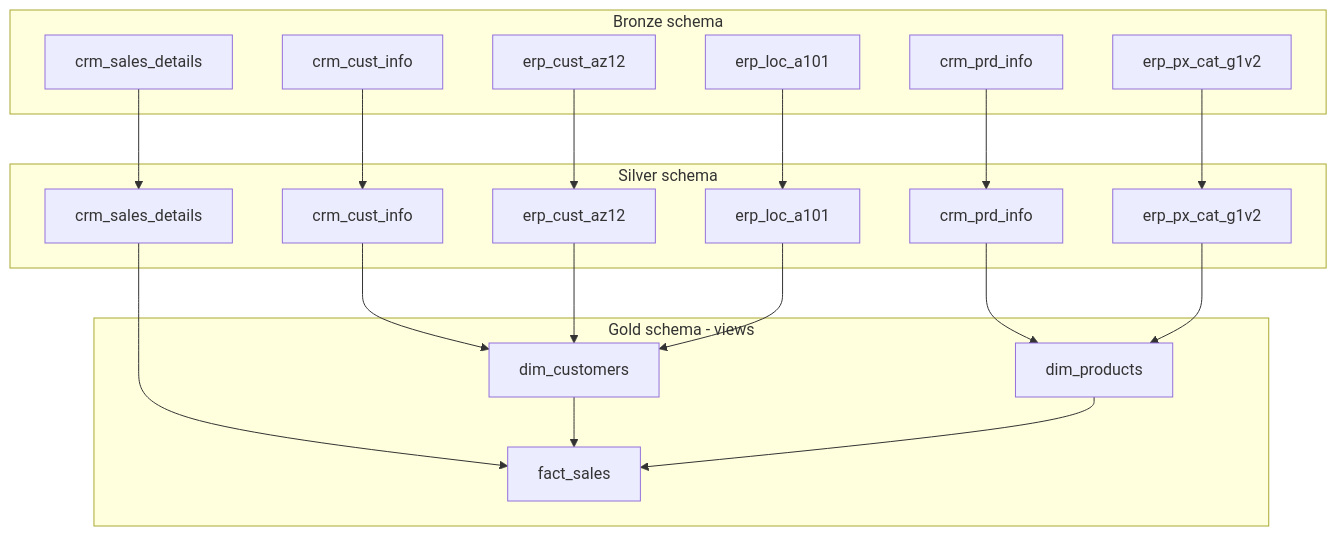
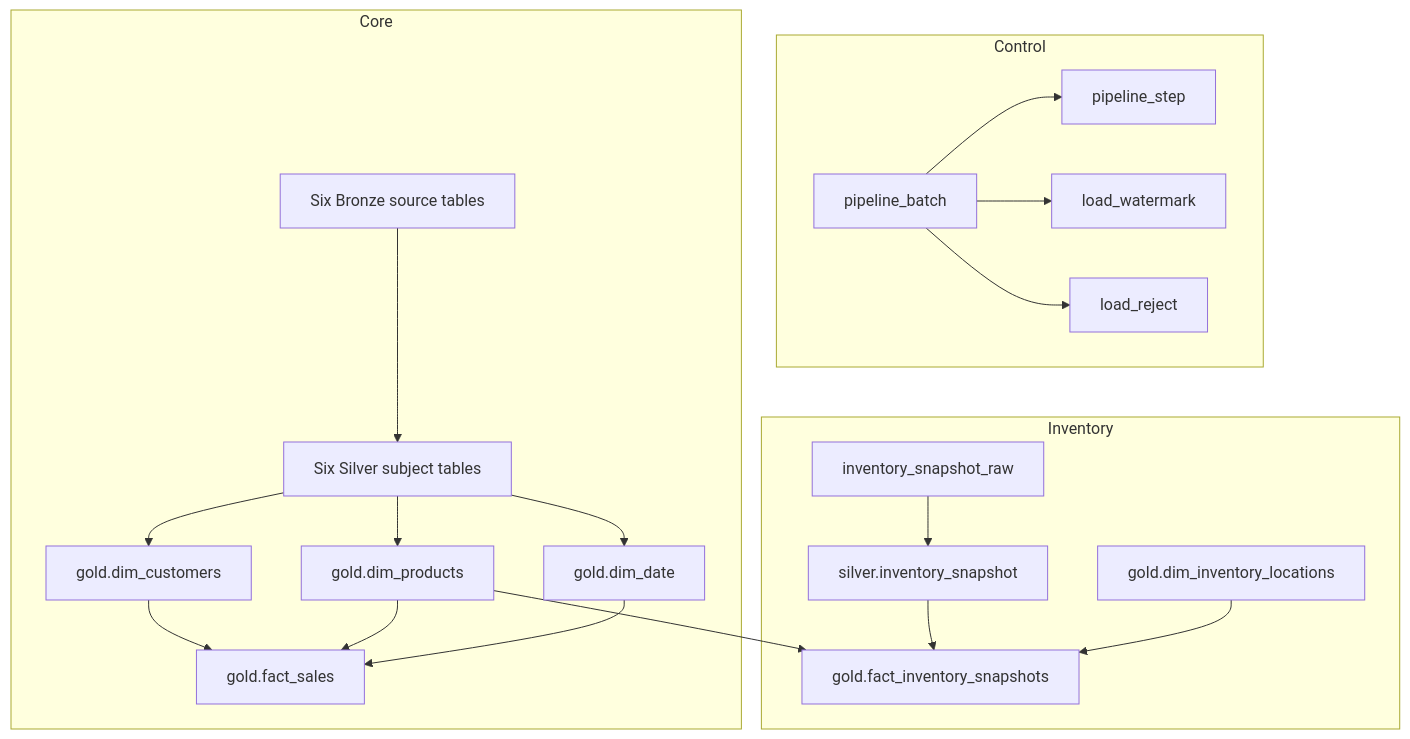
One commit to KonstantinData/SQL-Data-Warehouse changed the second of 2 diagrams in docs/architecture/system_architecture.md. Above: the diagram before and after it, drawn with Mermaid. The commit also changed other lines of this file and 61 other files, not shown here.

````diff
--- a/docs/architecture/system_architecture.md
+++ b/docs/architecture/system_architecture.md
@@ -50,38 +42,27 @@
 ```mermaid
 flowchart TB
-    subgraph Bronze["Bronze schema"]
-        BC["crm_cust_info"]
-        BP["crm_prd_info"]
-        BS["crm_sales_details"]
-        BA["erp_cust_az12"]
-        BL["erp_loc_a101"]
-        BX["erp_px_cat_g1v2"]
+    subgraph Control
+        PB["pipeline_batch"]
+        PS["pipeline_step"]
+        WM["load_watermark"]
+        RJ["load_reject"]
     end
-    subgraph Silver["Silver schema"]
-        SC["crm_cust_info"]
-        SP["crm_prd_info"]
-        SS["crm_sales_details"]
-        SA["erp_cust_az12"]
-        SL["erp_loc_a101"]
-        SX["erp_px_cat_g1v2"]
+    subgraph Core
+        B["Six Bronze source tables"] --> S["Six Silver subject tables"]
+        S --> DC["gold.dim_customers"]
+        S --> DP["gold.dim_products"]
+        S --> DD["gold.dim_date"]
+        DC --> FS["gold.fact_sales"]
+        DP --> FS
+        DD --> FS
     end
-    subgraph Gold["Gold schema - views"]
-        DC["dim_customers"]
-        DP["dim_products"]
-        FS["fact_sales"]
+    subgraph Inventory
+        IR["inventory_snapshot_raw"] --> IS["silver.inventory_snapshot"]
+        IS --> IF["gold.fact_inventory_snapshots"]
+        IL["gold.dim_inventory_locations"] --> IF
+        DP --> IF
     end
-    BC --> SC
-    BP --> SP
-    BS --> SS
-    BA --> SA
-    BL --> SL
-    BX --> SX
-    SC --> DC
-    SA --> DC
-    SL --> DC
-    SP --> DP
-    SX --> DP
-    SS --> FS
-    DC --> FS
-    DP --> FS
+    PB --> PS
+    PB --> WM
+    PB --> RJ
 ```
````
